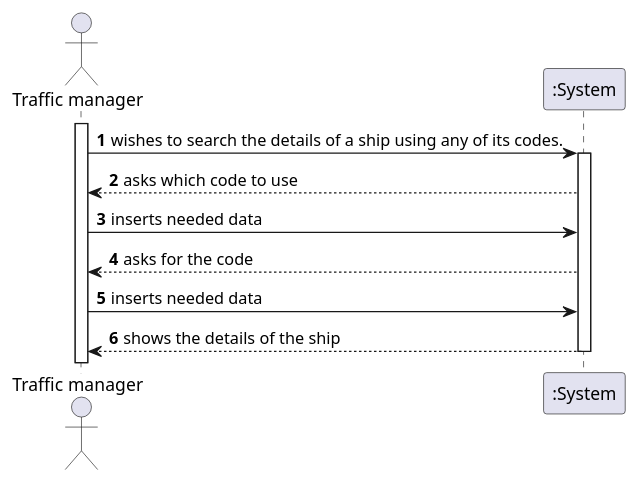
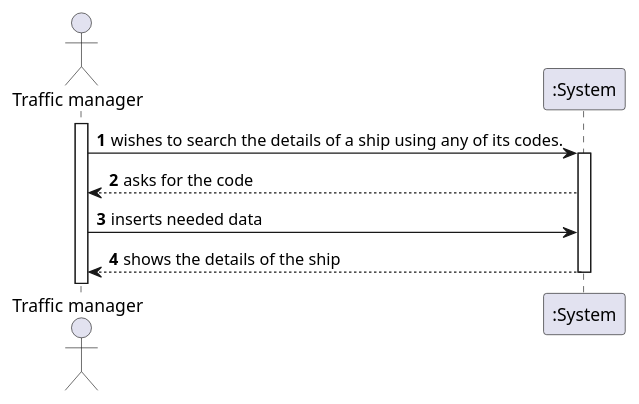
The diagram in docs/US102/US_102_SSD.puml (ana-albergaria/LAPR3-ISEP), drawn with PlantUML before and after one commit. The commit also changed 2 other files, not shown here.

Commit message:
G54-52 #time 20m #comment making sd and changing ssd to recognize given code

```diff
--- a/docs/US102/US_102_SSD.puml
+++ b/docs/US102/US_102_SSD.puml
@@ -1,18 +1,17 @@
 @startuml
 'https://plantuml.com/sequence-diagram
 
 autonumber
 actor "Traffic manager" as TM
 
 activate TM
 TM-> ":System" : wishes to search the details of a ship using any of its codes.
 activate ":System"
-":System" --> TM : asks which code to use
-TM-> ":System" : inserts needed data
+
 ":System" --> TM : asks for the code
 TM-> ":System" : inserts needed data
 ":System" --> TM : shows the details of the ship
 
 deactivate ":System"
 
 @enduml
```
